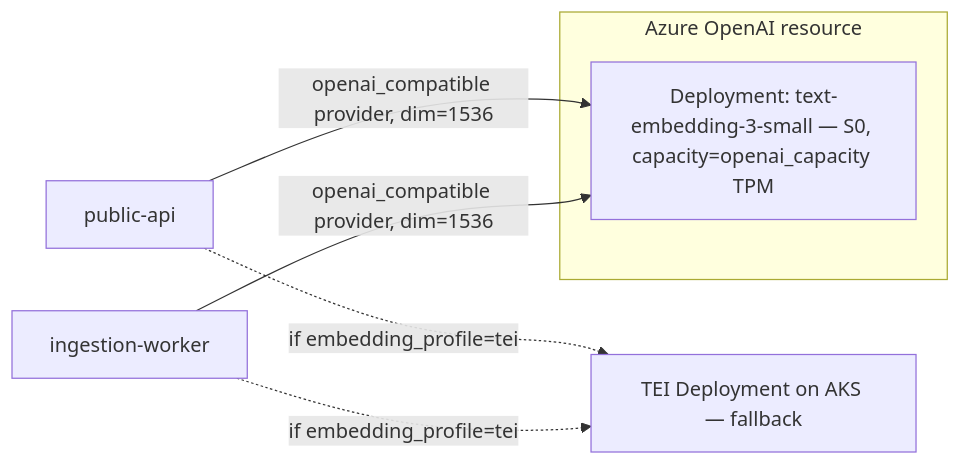
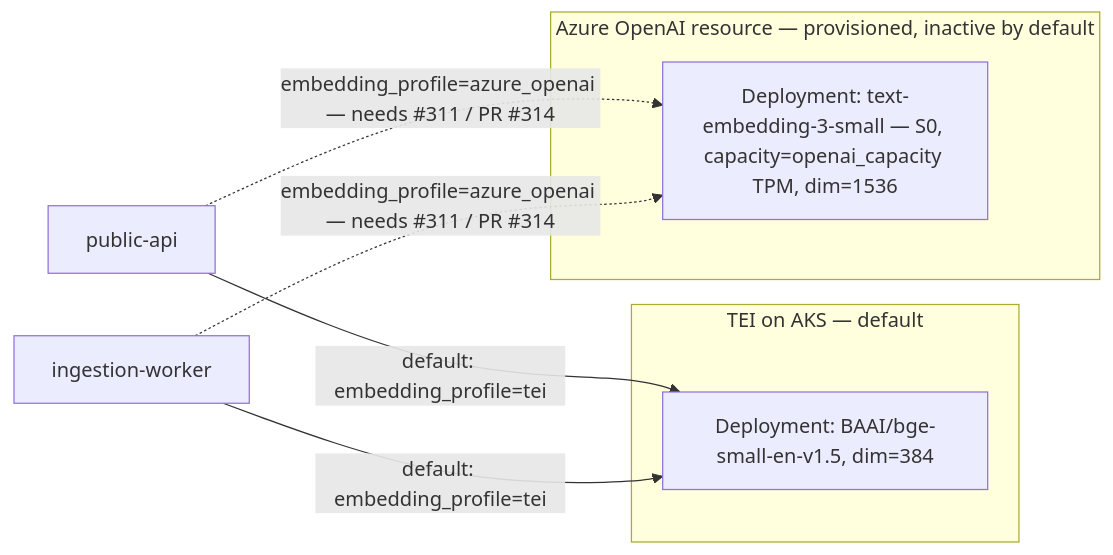
Before and after one commit to inherent-prime/inherent: the sixth of 6 diagrams in docs/deploy/azure.md, drawn with Mermaid. The commit also changed other lines of this file and 8 other files, not shown here.

````diff
--- a/docs/deploy/azure.md
+++ b/docs/deploy/azure.md
@@ -248,14 +258,16 @@
 ```mermaid
 graph LR
-    subgraph aoaig["Azure OpenAI resource"]
-        deploy["Deployment: text-embedding-3-small — S0, capacity=openai_capacity TPM"]
+    subgraph teig["TEI on AKS — default"]
+        teidep["Deployment: BAAI/bge-small-en-v1.5, dim=384"]
+    end
+    subgraph aoaig["Azure OpenAI resource — provisioned, inactive by default"]
+        deploy["Deployment: text-embedding-3-small — S0, capacity=openai_capacity TPM, dim=1536"]
     end
     api["public-api"]
     worker["ingestion-worker"]
-    tei["TEI Deployment on AKS — fallback"]
 
-    api -->|"openai_compatible provider, dim=1536"| deploy
-    worker -->|"openai_compatible provider, dim=1536"| deploy
-    api -.->|"if embedding_profile=tei"| tei
-    worker -.->|"if embedding_profile=tei"| tei
+    api -->|"default: embedding_profile=tei"| teidep
+    worker -->|"default: embedding_profile=tei"| teidep
+    api -.->|"embedding_profile=azure_openai — needs #311 / PR #314"| deploy
+    worker -.->|"embedding_profile=azure_openai — needs #311 / PR #314"| deploy
 ```
````
